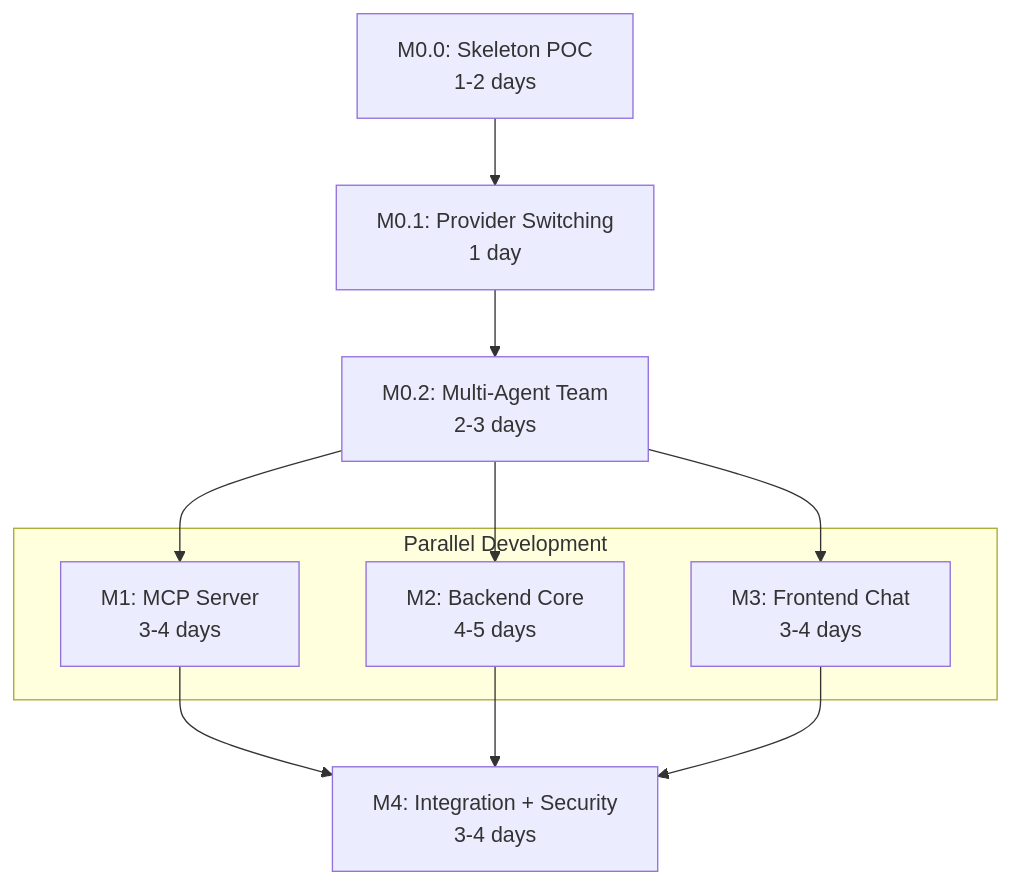
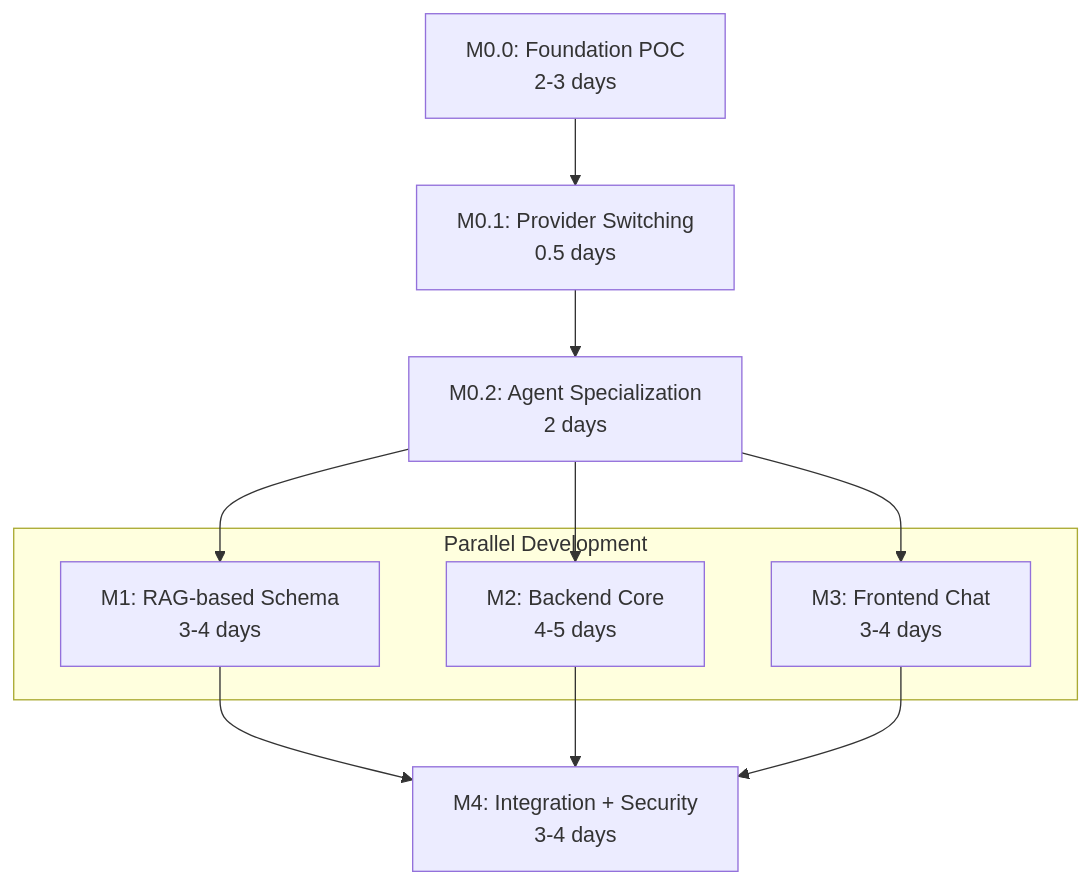
Before and after one commit to DIGI-UW/OpenELIS-Global-2: the diagram in specs/OGC-070-catalyst-assistant/plan.md, drawn with Mermaid. The commit also changed other lines of this file and 2 other files, not shown here.

First line of the commit message:
Rescope M0 to establish proper A2A + MCP architecture from day one

````diff
--- a/specs/OGC-070-catalyst-assistant/plan.md
+++ b/specs/OGC-070-catalyst-assistant/plan.md
@@ -394,17 +411,17 @@
 ```mermaid
 graph TD
-    M00["M0.0: Skeleton POC<br/>1-2 days"] --> M01["M0.1: Provider Switching<br/>1 day"]
-    M01 --> M02["M0.2: Multi-Agent Team<br/>2-3 days"]
-    M02 --> M1["M1: MCP Server<br/>3-4 days"]
+    M00["M0.0: Foundation POC<br/>2-3 days"] --> M01["M0.1: Provider Switching<br/>0.5 days"]
+    M01 --> M02["M0.2: Agent Specialization<br/>2 days"]
+    M02 --> M1["M1: RAG-based Schema<br/>3-4 days"]
     M02 --> M2["M2: Backend Core<br/>4-5 days"]
     M02 --> M3["M3: Frontend Chat<br/>3-4 days"]
     M1 --> M4["M4: Integration + Security<br/>3-4 days"]
     M2 --> M4
     M3 --> M4
 
     subgraph parallel ["Parallel Development"]
         M1
         M2
         M3
     end
 ```
````
